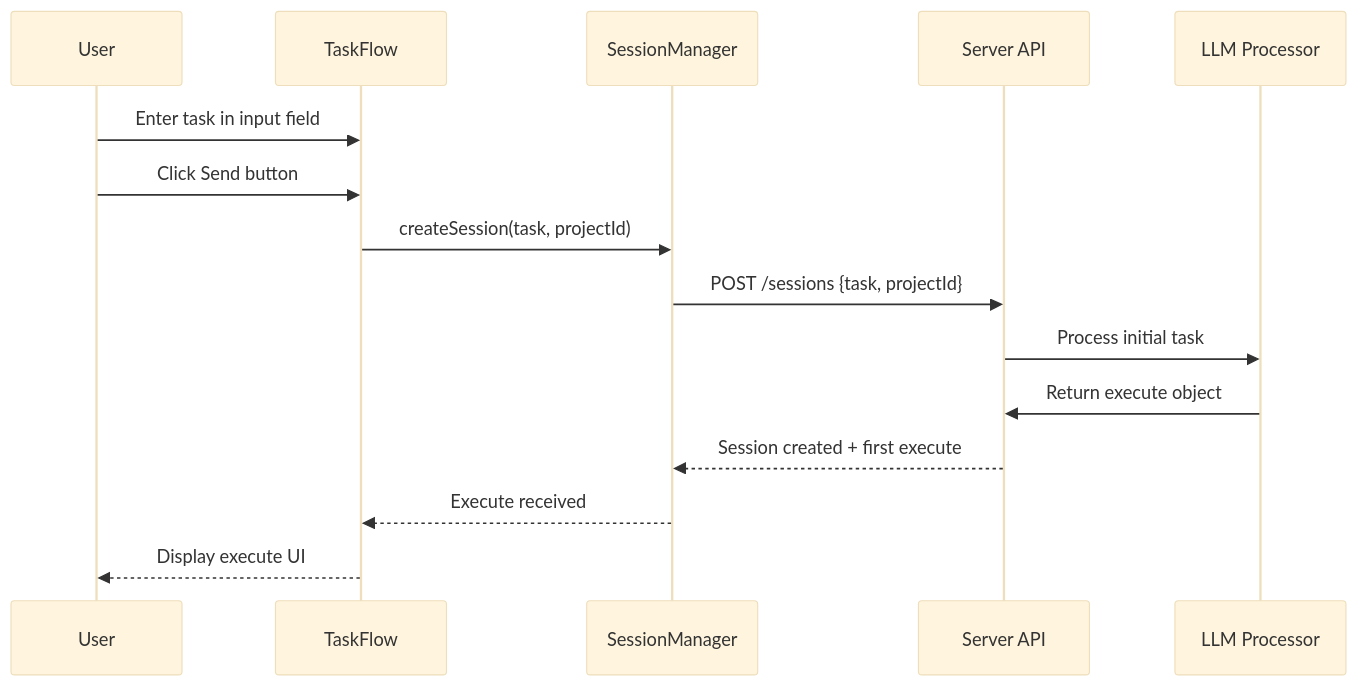
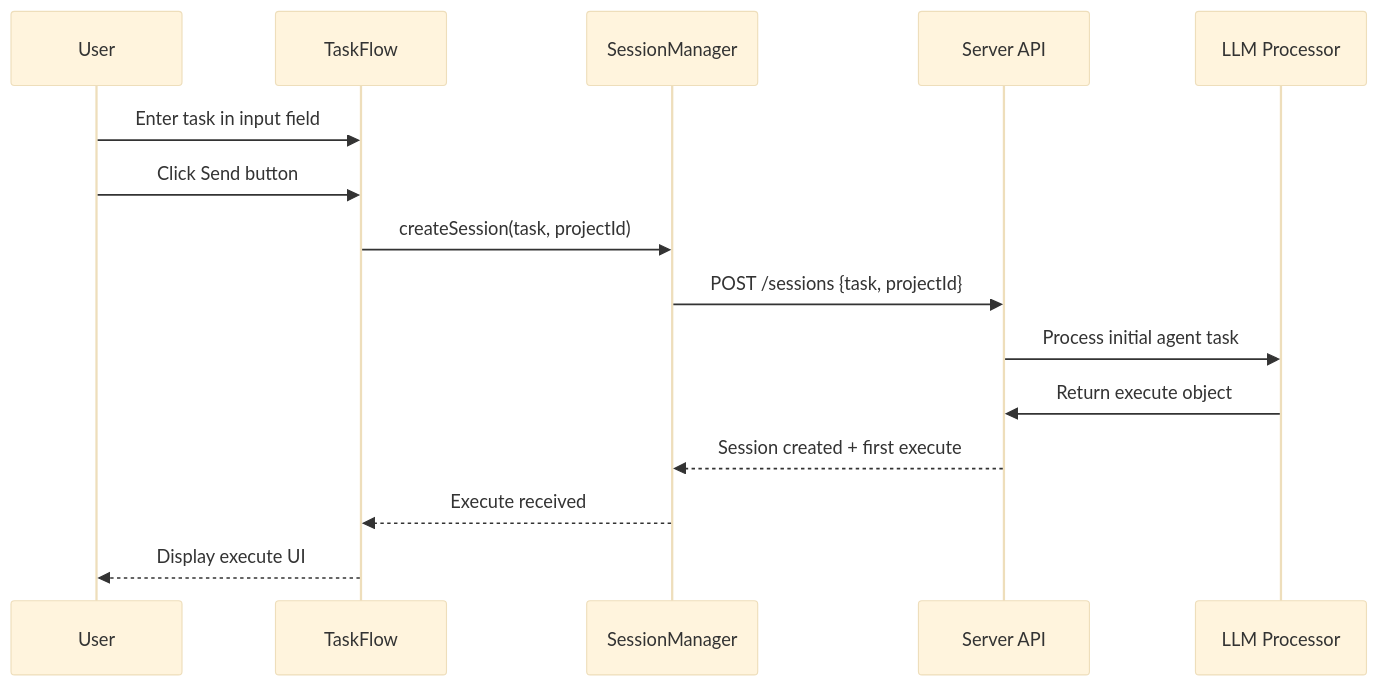
One commit to donkeyhotshow/a2a-script-agent-autonomy changed the first of 8 diagrams in a2a-client/docs/workflows/task-execution/README.md. Above: the diagram before and after it, drawn with Mermaid (base theme). The commit also changed other lines of this file and 86 other files, not shown here.

````diff
--- a/a2a-client/docs/workflows/task-execution/README.md
+++ b/a2a-client/docs/workflows/task-execution/README.md
@@ -17,18 +17,18 @@
 ```mermaid
 sequenceDiagram
     participant U as User
     participant TF as TaskFlow
     participant SM as SessionManager
     participant API as Server API
     participant LLM as LLM Processor
 
     U->>TF: Enter task in input field
     U->>TF: Click Send button
     TF->>SM: createSession(task, projectId)
     SM->>API: POST /sessions {task, projectId}
-    API->>LLM: Process initial task
+    API->>LLM: Process initial agent task
     LLM->>API: Return execute object
     API-->>SM: Session created + first execute
     SM-->>TF: Execute received
     TF-->>U: Display execute UI
 ```
````
